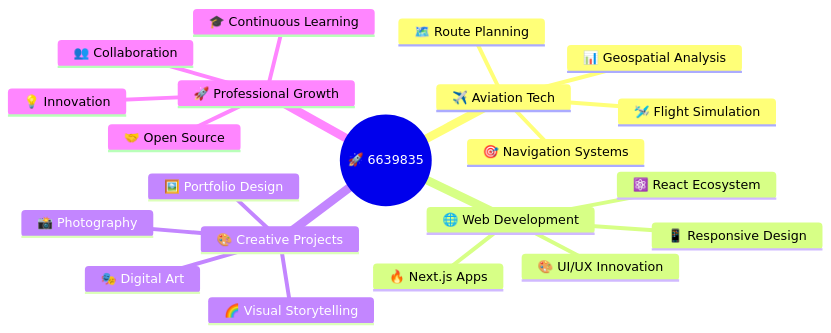
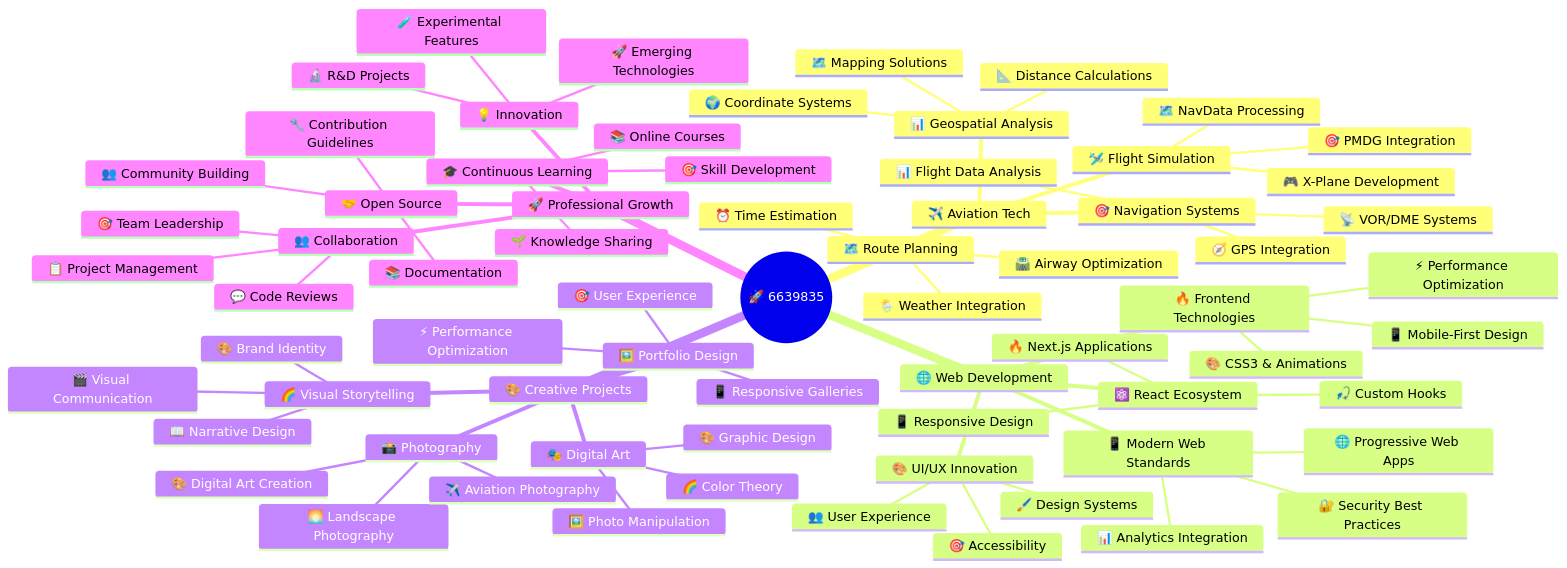
The diagram in README.md (6639835/6639835), drawn with Mermaid before and after one commit. The commit also changed other lines of this file, not shown here.

````diff
--- a/README.md
+++ b/README.md
@@ -262,24 +470,72 @@
 ```mermaid
 mindmap
   root((🚀 6639835))
     ✈️ Aviation Tech
       🎯 Navigation Systems
+        📡 VOR/DME Systems
+        🧭 GPS Integration
+        📊 Flight Data Analysis
       🛩️ Flight Simulation
+        🎮 X-Plane Development
+        🎯 PMDG Integration
+        🗺️ NavData Processing
       📊 Geospatial Analysis
+        🌍 Coordinate Systems
+        📐 Distance Calculations
+        🗺️ Mapping Solutions
       🗺️ Route Planning
+        🛣️ Airway Optimization
+        ⏰ Time Estimation
+        🌦️ Weather Integration
     🌐 Web Development
       ⚛️ React Ecosystem
-      🔥 Next.js Apps
-      📱 Responsive Design
+        🔥 Next.js Applications
+        🎣 Custom Hooks
+        📱 Responsive Design
+      🔥 Frontend Technologies
+        🎨 CSS3 & Animations
+        📱 Mobile-First Design
+        ⚡ Performance Optimization
+      📱 Modern Web Standards
+        🌐 Progressive Web Apps
+        🔐 Security Best Practices
+        📊 Analytics Integration
       🎨 UI/UX Innovation
+        🖌️ Design Systems
+        👥 User Experience
+        🎯 Accessibility
     🎨 Creative Projects
       📸 Photography
+        🌅 Landscape Photography
+        ✈️ Aviation Photography
+        🎨 Digital Art Creation
       🎭 Digital Art
+        🖼️ Photo Manipulation
+        🎨 Graphic Design
+        🌈 Color Theory
       🖼️ Portfolio Design
+        📱 Responsive Galleries
+        🎯 User Experience
+        ⚡ Performance Optimization
       🌈 Visual Storytelling
+        📖 Narrative Design
+        🎬 Visual Communication
+        🎨 Brand Identity
     🚀 Professional Growth
       🤝 Open Source
+        📚 Documentation
+        👥 Community Building
+        🔧 Contribution Guidelines
       👥 Collaboration
+        💬 Code Reviews
+        📋 Project Management
+        🎯 Team Leadership
       💡 Innovation
+        🔬 R&D Projects
+        🧪 Experimental Features
+        🚀 Emerging Technologies
       🎓 Continuous Learning
+        📚 Online Courses
+        🎯 Skill Development
+        🌱 Knowledge Sharing
 ```
````
